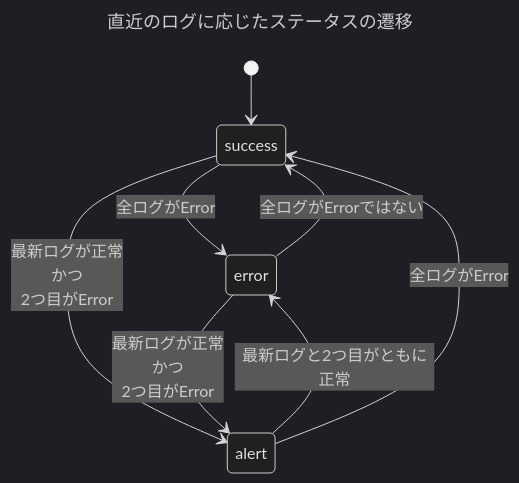
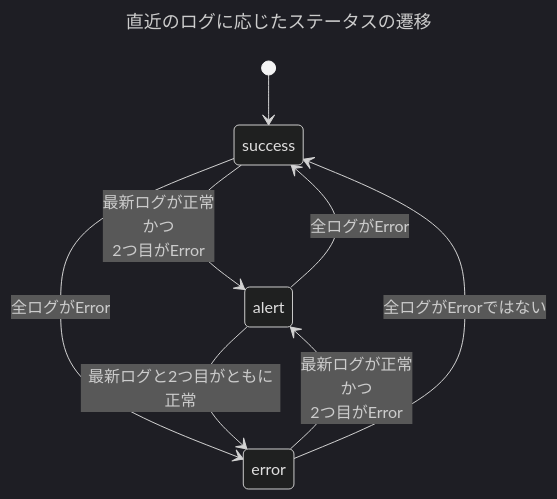
One commit to hiroki-it/tech-notebook changed the diagram in docs/software/software_application_architecture_backend_object_orientation_analysis.md. Above: the diagram before and after it, drawn with Mermaid (dark theme). The commit also changed 4 other files, not shown here.

````diff
--- a/docs/software/software_application_architecture_backend_object_orientation_analysis.md
+++ b/docs/software/software_application_architecture_backend_object_orientation_analysis.md
@@ -145,16 +145,16 @@
 ```mermaid
 ---
 title: 直近のログに応じたステータスの遷移
 ---
 stateDiagram-v2
-  [*] --> success
+    [*] --> success
 
-  success --> error : 全ログがError
-  success --> alert : 最新ログが正常<br>かつ<br>2つ目がError
+    success --> alert : 最新ログが正常<br>かつ<br>2つ目がError
+    success --> error : 全ログがError
 
-  error --> success : 全ログがErrorではない
-  error --> alert : 最新ログが正常<br>かつ<br>2つ目がError
+    alert --> success : 全ログがError
+    alert --> error : 最新ログと2つ目がともに正常
 
-  alert --> error : 最新ログと2つ目がともに正常
-  alert --> success : 全ログがError
+    error --> alert : 最新ログが正常<br>かつ<br>2つ目がError
+    error --> success : 全ログがErrorではない
 ```
````
